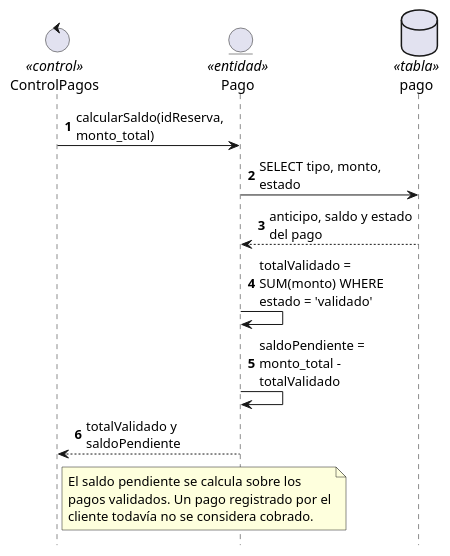
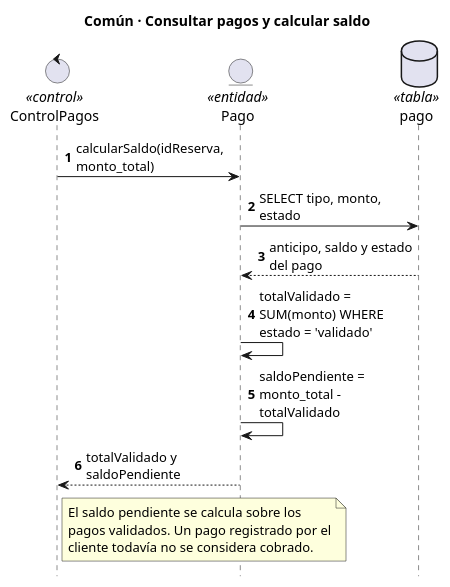
The diagram in sistema/diagramas/uml/secuencia-comunes/comun-saldo.puml (fervflow/sis-inf3-proyecto-formativo), drawn with PlantUML before and after one commit. The commit also changed 24 other files, not shown here.

Commit message:
feat: titulo de HU en diagramas de secuencia

```diff
--- a/sistema/diagramas/uml/secuencia-comunes/comun-saldo.puml
+++ b/sistema/diagramas/uml/secuencia-comunes/comun-saldo.puml
@@ -1,23 +1,23 @@
 @startuml
-' Común · Consultar pagos y calcular saldo
+title Común · Consultar pagos y calcular saldo
 hide footbox
 autonumber
 skinparam maxMessageSize 150
 
 control "ControlPagos" as CTRL <<control>>
 entity "Pago" as E_PAGO <<entidad>>
 database "pago" as T_PAGO <<tabla>>
 
 CTRL -> E_PAGO : calcularSaldo(idReserva, monto_total)
 E_PAGO -> T_PAGO : SELECT tipo, monto, estado
 T_PAGO --> E_PAGO : anticipo, saldo y estado del pago
 E_PAGO -> E_PAGO : totalValidado = SUM(monto) WHERE estado = 'validado'
 E_PAGO -> E_PAGO : saldoPendiente = monto_total - totalValidado
 E_PAGO --> CTRL : totalValidado y saldoPendiente
 
 note right of CTRL
     El saldo pendiente se calcula sobre los
     pagos validados. Un pago registrado por el
     cliente todavía no se considera cobrado.
 end note
 @enduml
```
